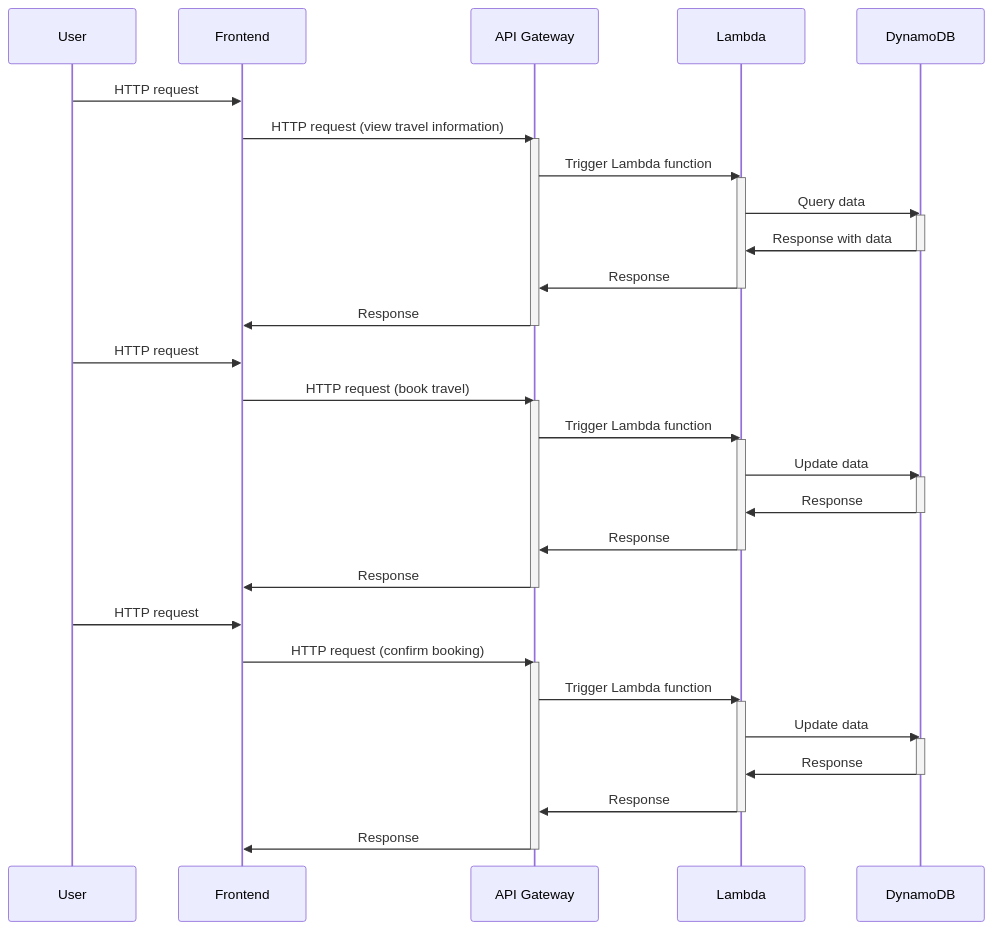
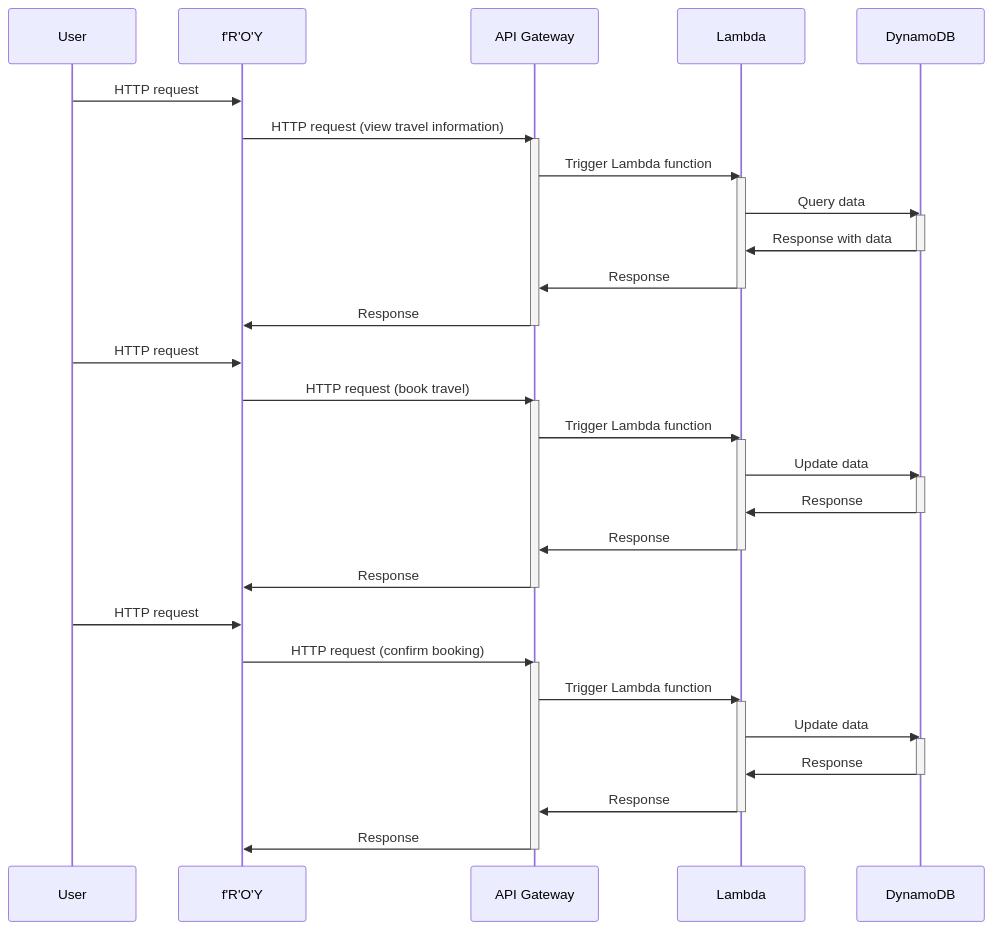
One commit to seven8301/iodraw-files changed the diagram in all/未命名.md. Above: the diagram before and after it, drawn with Mermaid.

Commit message:
2024-10-12 13:19:09 update

````diff
--- a/all/未命名.md
+++ b/all/未命名.md
@@ -1,50 +1,50 @@
 ```mermaid
 sequenceDiagram
     participant User
-    participant Frontend
+    participant f'R'O'Y
     participant API Gateway
     participant Lambda
     participant DynamoDB
 
-    User->>Frontend: HTTP request
-    Frontend->>API Gateway: HTTP request (view travel information)
+    User->>f'R'O'Y: HTTP request
+    f'R'O'Y->>API Gateway: HTTP request (view travel information)
     activate API Gateway
     API Gateway->>Lambda: Trigger Lambda function
     activate Lambda
     Lambda->>DynamoDB: Query data
     activate DynamoDB
     DynamoDB->>Lambda: Response with data
     deactivate DynamoDB
     Lambda->>API Gateway: Response
     deactivate Lambda
-    API Gateway->>Frontend: Response
+    API Gateway->>f'R'O'Y: Response
     deactivate API Gateway
 
-    User->>Frontend: HTTP request
-    Frontend->>API Gateway: HTTP request (book travel)
+    User->>f'R'O'Y: HTTP request
+    f'R'O'Y->>API Gateway: HTTP request (book travel)
     activate API Gateway
     API Gateway->>Lambda: Trigger Lambda function
     activate Lambda
     Lambda->>DynamoDB: Update data
     activate DynamoDB
     DynamoDB->>Lambda: Response
     deactivate DynamoDB
     Lambda->>API Gateway: Response
     deactivate Lambda
-    API Gateway->>Frontend: Response
+    API Gateway->>f'R'O'Y: Response
     deactivate API Gateway
 
-    User->>Frontend: HTTP request
-    Frontend->>API Gateway: HTTP request (confirm booking)
+    User->>f'R'O'Y: HTTP request
+    f'R'O'Y->>API Gateway: HTTP request (confirm booking)
     activate API Gateway
     API Gateway->>Lambda: Trigger Lambda function
     activate Lambda
     Lambda->>DynamoDB: Update data
     activate DynamoDB
     DynamoDB->>Lambda: Response
     deactivate DynamoDB
     Lambda->>API Gateway: Response
     deactivate Lambda
-    API Gateway->>Frontend: Response
+    API Gateway->>f'R'O'Y: Response
     deactivate API Gateway
 ```
````
